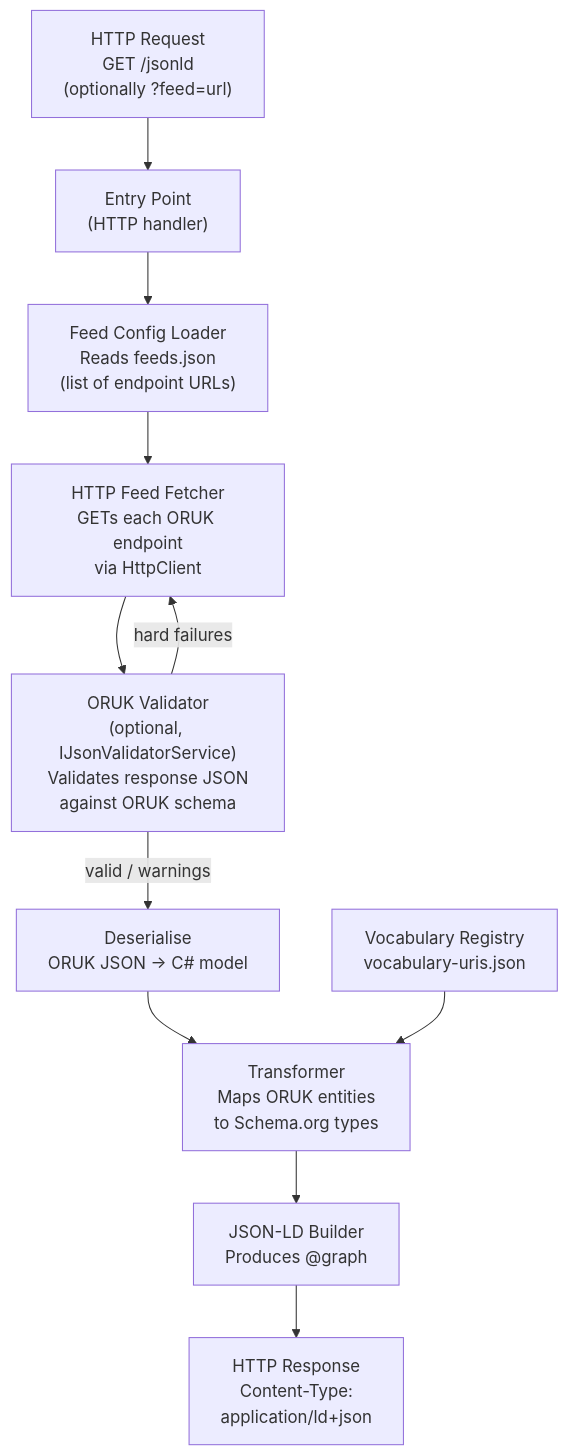
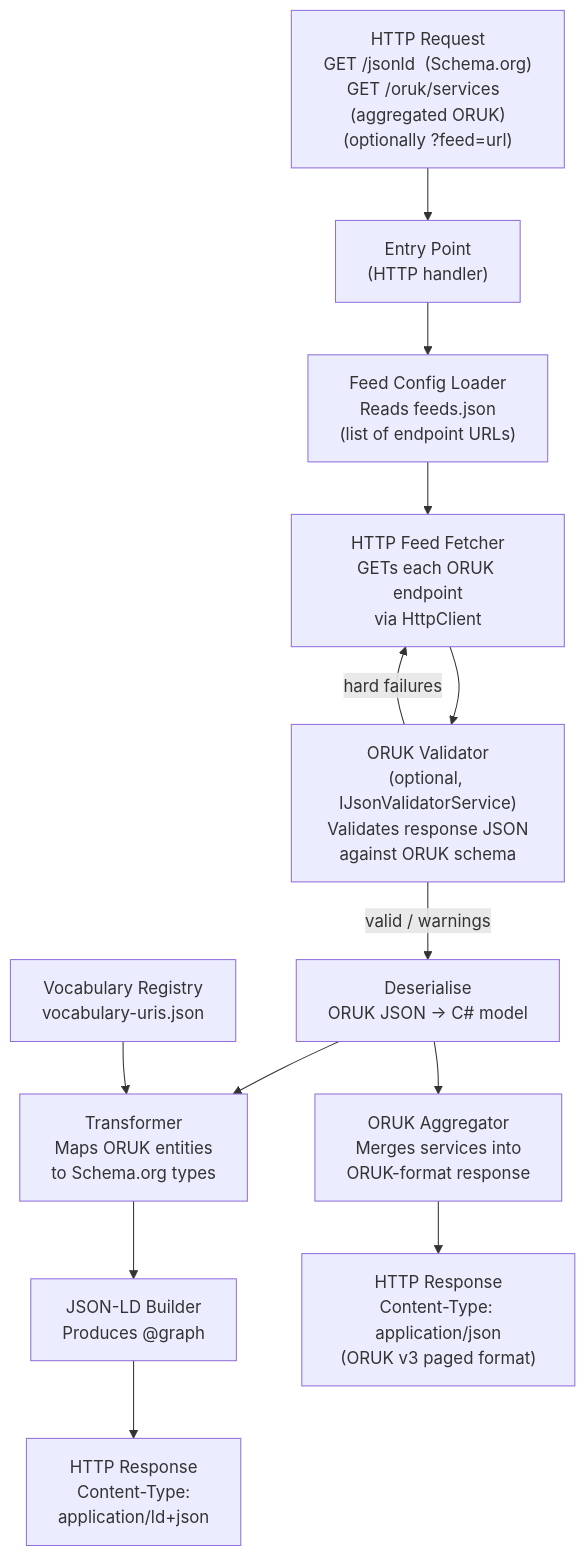
One commit to oughnic/ORUK-AlternativeRepresentations changed the first of 2 diagrams in plan/approach.md. Above: the diagram before and after it, drawn with Mermaid. The commit also changed other lines of this file and 2 other files, not shown here.

First line of the commit message:
Update to .NET 10 / C# 13; add ORUK aggregator endpoint; clarify no validator refactor policy

````diff
--- a/plan/approach.md
+++ b/plan/approach.md
@@ -19,24 +19,28 @@
 ```mermaid
 flowchart TD
-    HTTP["HTTP Request\nGET /jsonld\n(optionally ?feed=url)"]
+    HTTP["HTTP Request\nGET /jsonld  (Schema.org)\nGET /oruk/services  (aggregated ORUK)\n(optionally ?feed=url)"]
     EP["Entry Point\n(HTTP handler)"]
     FCL["Feed Config Loader\nReads feeds.json\n(list of endpoint URLs)"]
     HFF["HTTP Feed Fetcher\nGETs each ORUK endpoint\nvia HttpClient"]
     VAL["ORUK Validator\n(optional, IJsonValidatorService)\nValidates response JSON\nagainst ORUK schema"]
     DES["Deserialise\nORUK JSON → C# model"]
     VR["Vocabulary Registry\nvocabulary-uris.json"]
     TF["Transformer\nMaps ORUK entities\nto Schema.org types"]
     JLD["JSON-LD Builder\nProduces @graph"]
-    RESP["HTTP Response\nContent-Type:\napplication/ld+json"]
+    AGG["ORUK Aggregator\nMerges services into\nORUK-format response"]
+    RESP_JLD["HTTP Response\nContent-Type:\napplication/ld+json"]
+    RESP_ORUK["HTTP Response\nContent-Type: application/json\n(ORUK v3 paged format)"]
 
     HTTP --> EP
     EP --> FCL
     FCL --> HFF
     HFF --> VAL
     VAL -->|valid / warnings| DES
     VAL -->|hard failures| HFF
     DES --> TF
+    DES --> AGG
     VR --> TF
     TF --> JLD
-    JLD --> RESP
+    AGG --> RESP_ORUK
+    JLD --> RESP_JLD
 ```
````
